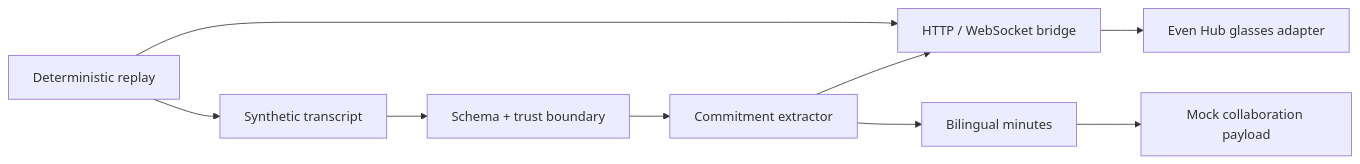
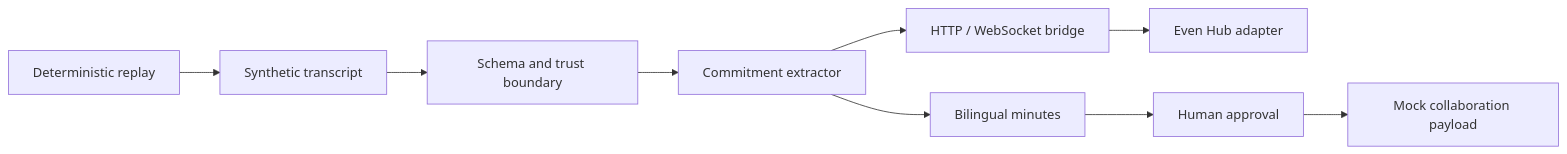
Before and after one commit to AbuElNour/ministerial-evenrealities-poc: the diagram in README.md, drawn with Mermaid. The commit also changed other lines of this file and 10 other files, not shown here.

````diff
--- a/README.md
+++ b/README.md
@@ -7,11 +12,11 @@
 ```mermaid
 flowchart LR
-  T["Synthetic transcript"] --> V["Schema + trust boundary"]
+  T["Synthetic transcript"] --> V["Schema and trust boundary"]
   V --> E["Commitment extractor"]
   E --> B["HTTP / WebSocket bridge"]
-  B --> G["Even Hub glasses adapter"]
+  B --> G["Even Hub adapter"]
   E --> M["Bilingual minutes"]
-  M --> C["Mock collaboration payload"]
+  M --> A["Human approval"]
+  A --> C["Mock collaboration payload"]
   R["Deterministic replay"] --> T
-  R --> B
 ```
````
